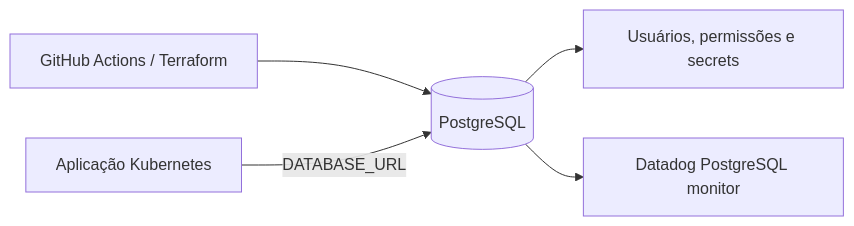
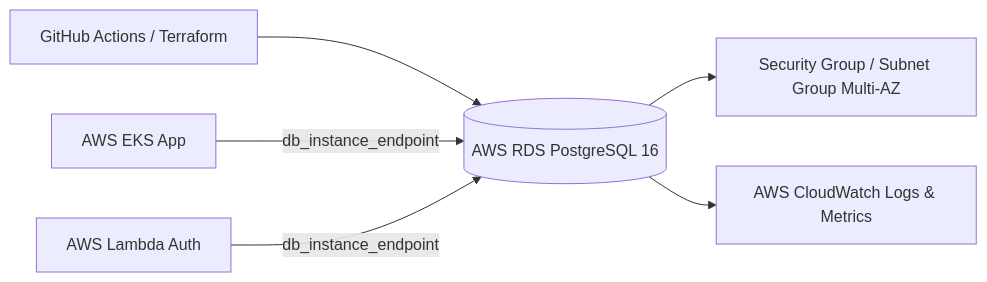
One commit to jptureta/PosTechFiap_Mecanica_db-infra changed the diagram in README.md. Above: the diagram before and after it, drawn with Mermaid. The commit also changed other lines of this file and 6 other files, not shown here.

````diff
--- a/README.md
+++ b/README.md
@@ -18,7 +18,8 @@
 ```mermaid
 flowchart LR
-    Pipeline[GitHub Actions / Terraform] --> DB[(PostgreSQL)]
-    DB --> Access[Usuários, permissões e secrets]
-    App[Aplicação Kubernetes] -->|DATABASE_URL| DB
-    DB --> Monitor[Datadog PostgreSQL monitor]
+    Pipeline[GitHub Actions / Terraform] --> RDS[(AWS RDS PostgreSQL 16)]
+    RDS --> SG[Security Group / Subnet Group Multi-AZ]
+    EKS[AWS EKS App] -->|db_instance_endpoint| RDS
+    Lambda[AWS Lambda Auth] -->|db_instance_endpoint| RDS
+    RDS --> CloudWatch[AWS CloudWatch Logs & Metrics]
 ```
````
